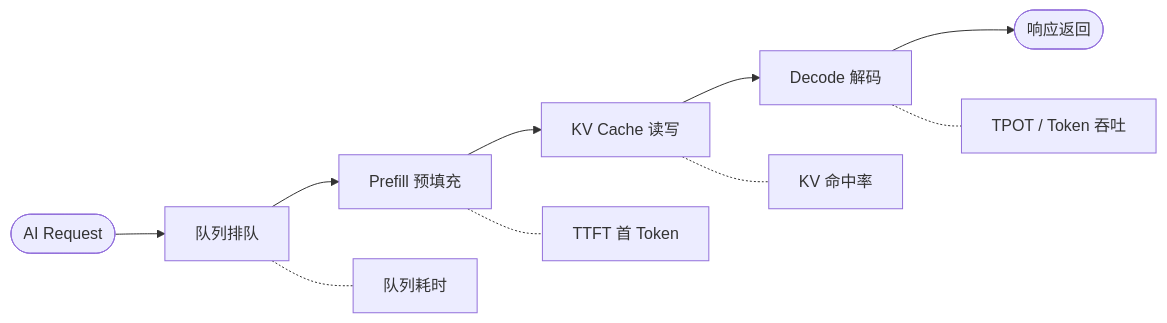
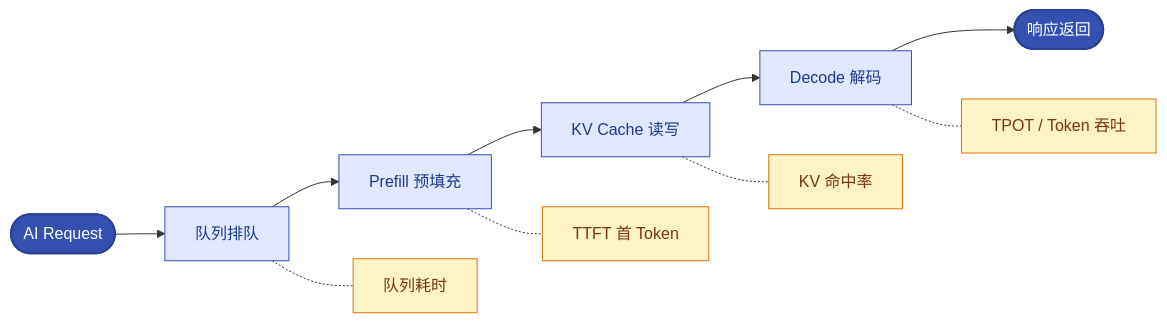
The diagram in docs/18-ai-inference-kvcache-autonomy.md (jackiesre721/ai-native-ops), drawn with Mermaid before and after one commit. The commit also changed 9 other files, not shown here.

First line of the commit message:
viz: 全部 12 张 mermaid 图上语义色

````diff
--- a/docs/18-ai-inference-kvcache-autonomy.md
+++ b/docs/18-ai-inference-kvcache-autonomy.md
@@ -164,12 +164,18 @@
 ```mermaid
 flowchart LR
     R([AI Request]) --> Q[队列排队]
     Q --> P[Prefill 预填充]
     P --> K[KV Cache 读写]
     K --> D[Decode 解码]
     D --> Resp([响应返回])
     Q -.- Q1[队列耗时]
     P -.- P1[TTFT 首 Token]
     K -.- K1[KV 命中率]
     D -.- D1[TPOT / Token 吞吐]
+    classDef start fill:#3451b2,color:#fff,stroke:#2a4090,stroke-width:2px
+    classDef proc fill:#e0e7ff,stroke:#3451b2,color:#1e3a8a
+    classDef metric fill:#fef3c7,stroke:#d97706,color:#78350f
+    class R,Resp start
+    class Q,P,K,D proc
+    class Q1,P1,K1,D1 metric
 ```
````
